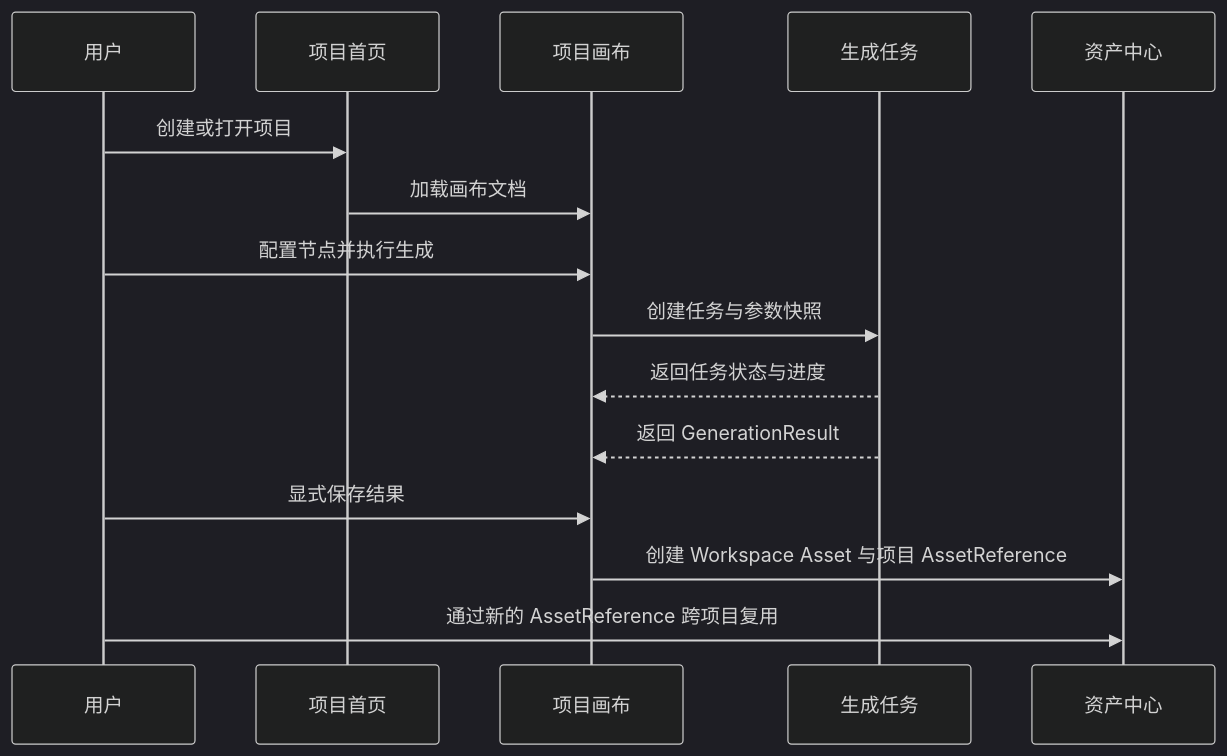
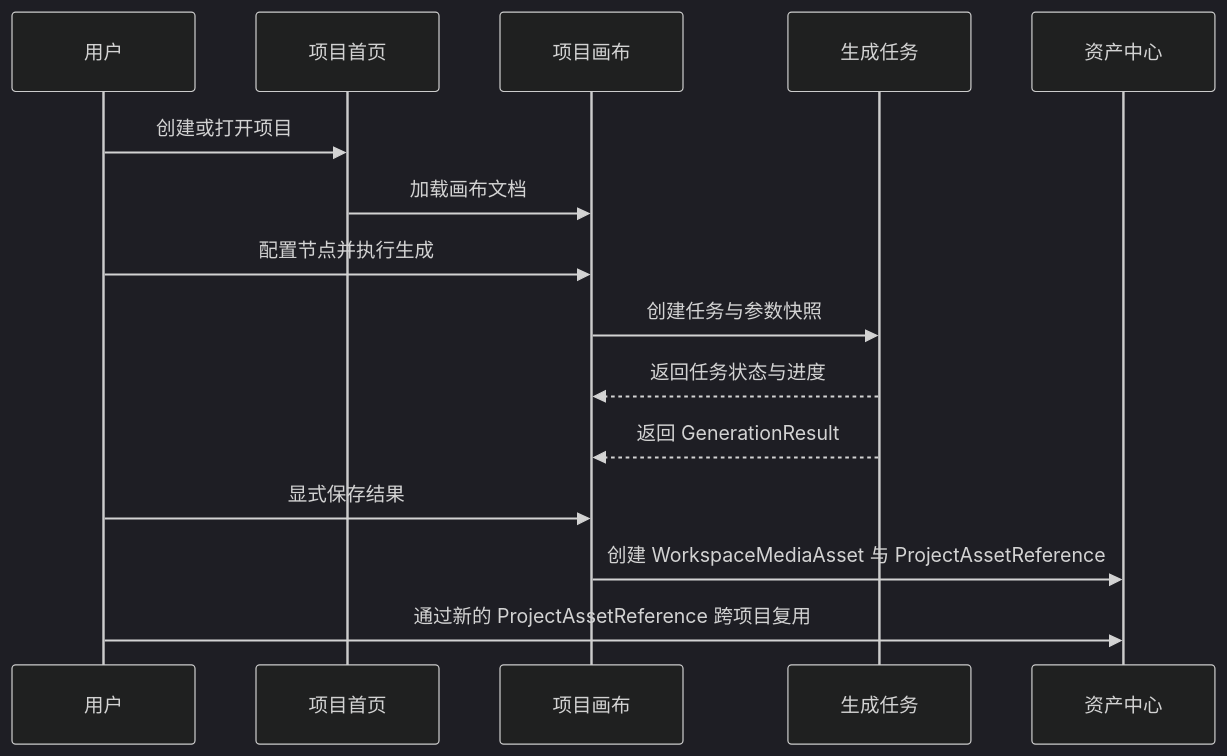
The third of 3 diagrams in docs/product-expansion-plan.md (Heo7n/reelay-canvas-prototype), drawn with Mermaid (dark theme) before and after one commit. The commit also changed other lines of this file and 67 other files, not shown here.

````diff
--- a/docs/product-expansion-plan.md
+++ b/docs/product-expansion-plan.md
@@ -378,18 +379,18 @@
 ```mermaid
 sequenceDiagram
   participant U as 用户
   participant H as 项目首页
   participant C as 项目画布
   participant T as 生成任务
   participant A as 资产中心
 
   U->>H: 创建或打开项目
   H->>C: 加载画布文档
   U->>C: 配置节点并执行生成
   C->>T: 创建任务与参数快照
   T-->>C: 返回任务状态与进度
   T-->>C: 返回 GenerationResult
   U->>C: 显式保存结果
-  C->>A: 创建 Workspace Asset 与项目 AssetReference
-  U->>A: 通过新的 AssetReference 跨项目复用
+  C->>A: 创建 WorkspaceMediaAsset 与 ProjectAssetReference
+  U->>A: 通过新的 ProjectAssetReference 跨项目复用
 ```
````
